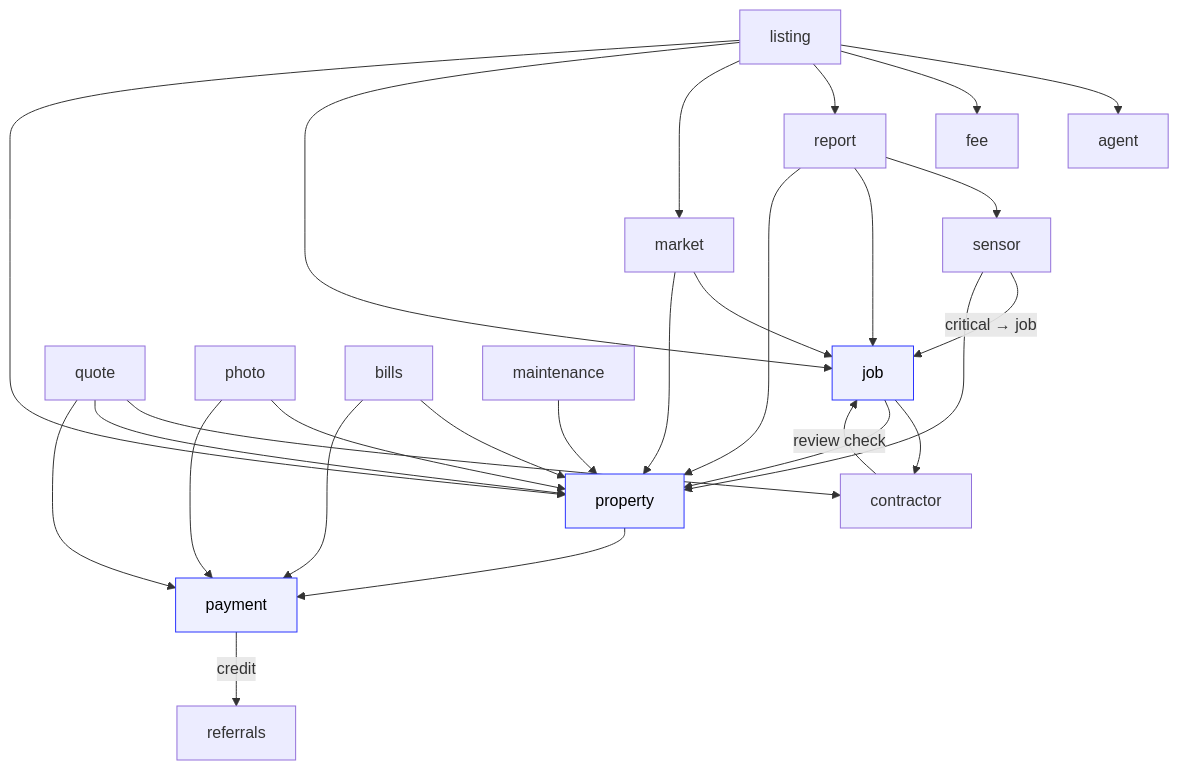
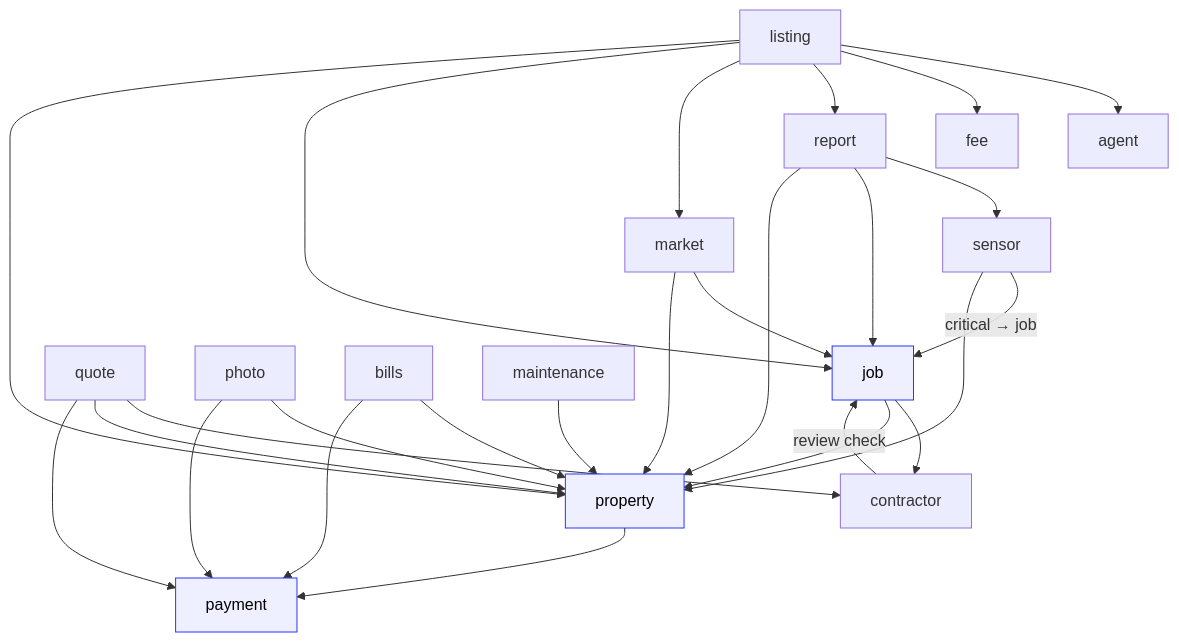
Before and after one commit to MeteSr/HomeGentic: the second of 2 diagrams in docs/ARCHITECTURE.md, drawn with Mermaid. The commit also changed other lines of this file and 23 other files, not shown here.

````diff
--- a/docs/ARCHITECTURE.md
+++ b/docs/ARCHITECTURE.md
@@ -138,19 +138,18 @@
 ```mermaid
 flowchart TB
   listing --> agent & fee & report & market & job & property
   report --> sensor & job & property
   market --> job & property
   quote --> contractor & property & payment
   sensor -- "critical → job" --> job
   sensor --> property
   contractor -- "review check" --> job
   job --> contractor & property
   photo --> property & payment
   bills --> property & payment
   maintenance --> property
   property --> payment
-  payment -- "credit" --> referrals
 
   classDef hub fill:#EEF0FF,stroke:#2B34FF,color:#000
   class property,payment,job hub
 ```
````
